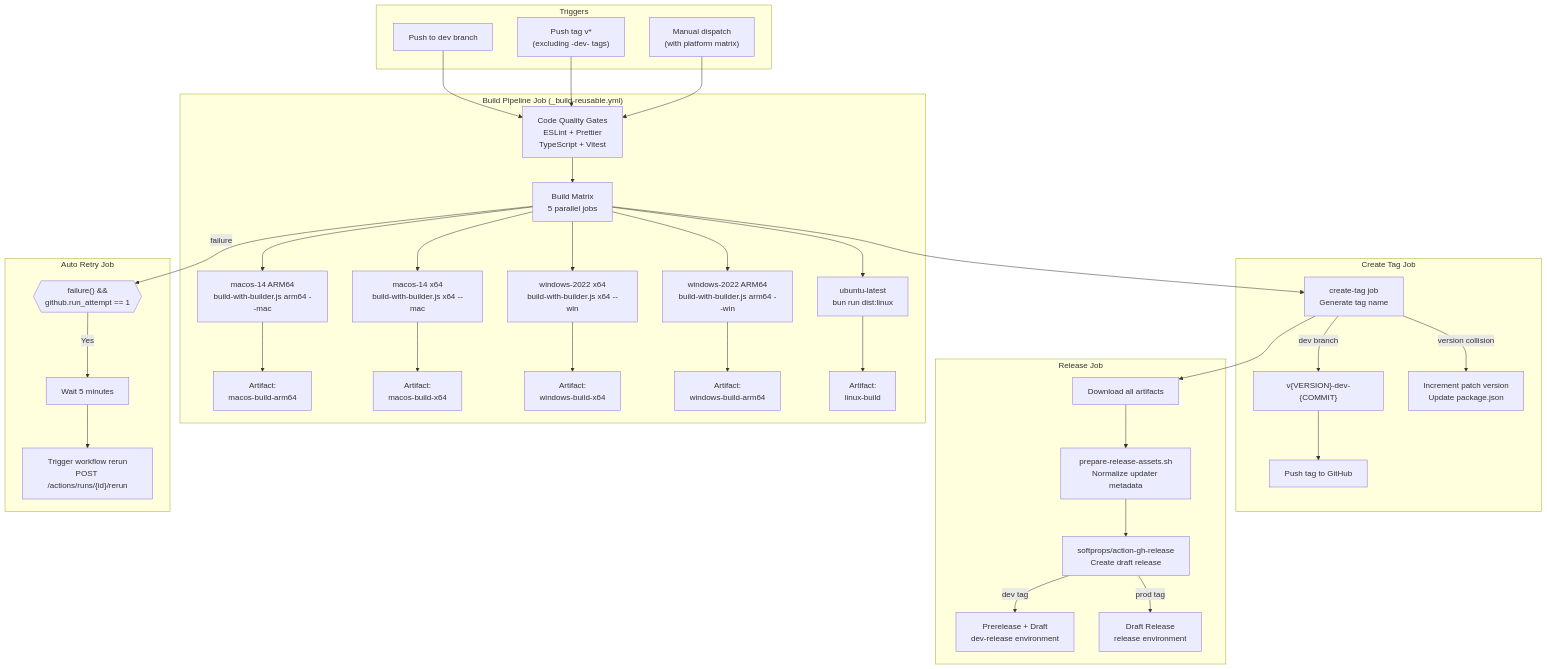
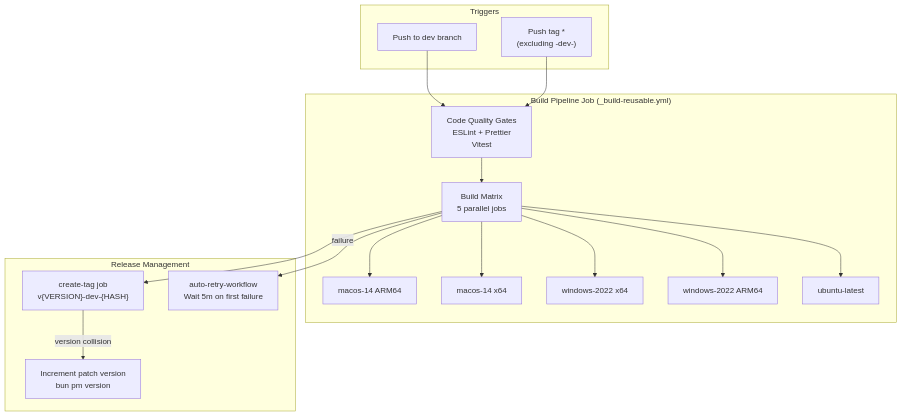
Before and after one commit to blackcater/zentree: the third of 3 diagrams in docs/iOfficeAI_AionUi/build-and-deployment/index.md, drawn with Mermaid. The commit also changed other lines of this file and 232 other files, not shown here.

````diff
--- a/docs/iOfficeAI_AionUi/build-and-deployment/index.md
+++ b/docs/iOfficeAI_AionUi/build-and-deployment/index.md
@@ -135,54 +151,29 @@
 ```mermaid
 graph TB
     subgraph "Triggers"
         PUSH_DEV["Push to dev branch"]
-        PUSH_TAG["Push tag v*<br/>(excluding -dev- tags)"]
-        MANUAL["Manual dispatch<br/>(with platform matrix)"]
+        PUSH_TAG["Push tag *<br/>(excluding -dev-)"]
     end
-
+    
     subgraph "Build Pipeline Job (_build-reusable.yml)"
-        QUALITY["Code Quality Gates<br/>ESLint + Prettier<br/>TypeScript + Vitest"]
+        QUALITY["Code Quality Gates<br/>ESLint + Prettier<br/>Vitest"]
         MATRIX["Build Matrix<br/>5 parallel jobs"]
-        MATRIX --> MAC_ARM["macos-14 ARM64<br/>build-with-builder.js arm64 --mac"]
-        MATRIX --> MAC_X64["macos-14 x64<br/>build-with-builder.js x64 --mac"]
-        MATRIX --> WIN_X64["windows-2022 x64<br/>build-with-builder.js x64 --win"]
-        MATRIX --> WIN_ARM["windows-2022 ARM64<br/>build-with-builder.js arm64 --win"]
-        MATRIX --> LINUX["ubuntu-latest<br/>bun run dist:linux"]
-
-        MAC_ARM --> ARTIFACTS_MAC_ARM["Artifact:<br/>macos-build-arm64"]
-        MAC_X64 --> ARTIFACTS_MAC_X64["Artifact:<br/>macos-build-x64"]
-        WIN_X64 --> ARTIFACTS_WIN_X64["Artifact:<br/>windows-build-x64"]
-        WIN_ARM --> ARTIFACTS_WIN_ARM["Artifact:<br/>windows-build-arm64"]
-        LINUX --> ARTIFACTS_LINUX["Artifact:<br/>linux-build"]
+        MATRIX --> MAC_ARM["macos-14 ARM64"]
+        MATRIX --> MAC_X64["macos-14 x64"]
+        MATRIX --> WIN_X64["windows-2022 x64"]
+        MATRIX --> WIN_ARM["windows-2022 ARM64"]
+        MATRIX --> LINUX["ubuntu-latest"]
     end
-
-    subgraph "Create Tag Job"
-        TAG_LOGIC["create-tag job<br/>Generate tag name"]
-        TAG_LOGIC -->|dev branch| DEV_TAG["v{VERSION}-dev-{COMMIT}"]
-        TAG_LOGIC -->|version collision| BUMP["Increment patch version<br/>Update package.json"]
-        DEV_TAG --> PUSH_NEW_TAG["Push tag to GitHub"]
+    
+    subgraph "Release Management"
+        TAG_LOGIC["create-tag job<br/>v{VERSION}-dev-{HASH}"]
+        TAG_LOGIC -->|version collision| BUMP["Increment patch version<br/>bun pm version"]
+        RETRY["auto-retry-workflow<br/>Wait 5m on first failure"]
     end
-
-    subgraph "Release Job"
-        DOWNLOAD["Download all artifacts"]
-        DOWNLOAD --> NORMALIZE["prepare-release-assets.sh<br/>Normalize updater metadata"]
-        NORMALIZE --> CREATE_RELEASE["softprops/action-gh-release<br/>Create draft release"]
-        CREATE_RELEASE -->|dev tag| PRERELEASE["Prerelease + Draft<br/>dev-release environment"]
-        CREATE_RELEASE -->|prod tag| PRODRELEASE["Draft Release<br/>release environment"]
-    end
-
-    subgraph "Auto Retry Job"
-        RETRY_CHECK{{"failure() &&<br/>github.run_attempt == 1"}}
-        RETRY_CHECK -->|Yes| WAIT["Wait 5 minutes"]
-        WAIT --> RERUN["Trigger workflow rerun<br/>POST /actions/runs/{id}/rerun"]
-    end
-
+    
     PUSH_DEV --> QUALITY
     PUSH_TAG --> QUALITY
-    MANUAL --> QUALITY
-
     QUALITY --> MATRIX
     MATRIX --> TAG_LOGIC
-    TAG_LOGIC --> DOWNLOAD
-    MATRIX -->|failure| RETRY_CHECK
+    MATRIX -->|failure| RETRY
 ```
````
